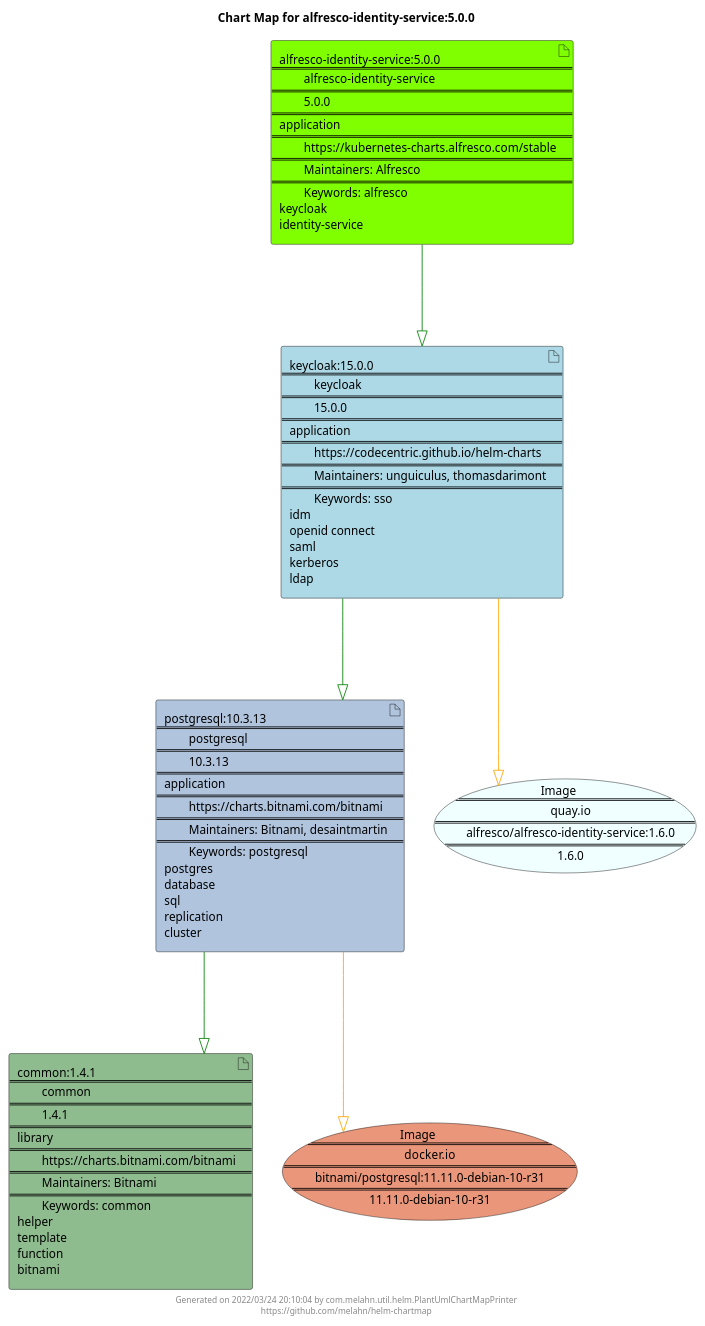
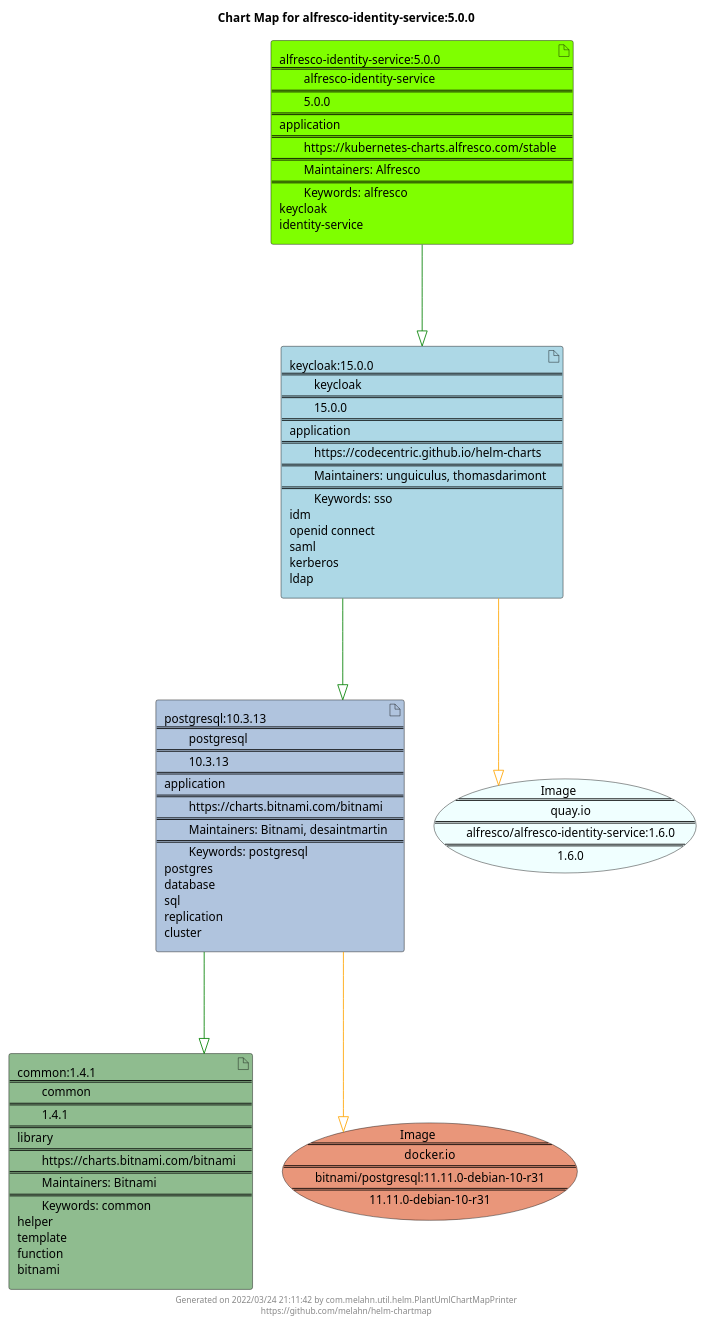
The diagram in docs/alfresco-identity-service/alfresco-identity-service-5.0.0.puml (melahn/helm-chartmap), drawn with PlantUML before and after one commit. The commit also changed 52 other files, not shown here.

Commit message:
Update Example Chart Maps as part of GitHub build

```diff
--- a/docs/alfresco-identity-service/alfresco-identity-service-5.0.0.puml
+++ b/docs/alfresco-identity-service/alfresco-identity-service-5.0.0.puml
@@ -1,29 +1,29 @@
 @startuml
 skinparam linetype ortho
 skinparam backgroundColor white
 skinparam usecaseBorderColor black
 skinparam usecaseArrowColor LightSlateGray
 skinparam artifactBorderColor black
 skinparam artifactArrowColor LightSlateGray
 
 title Chart Map for alfresco-identity-service:5.0.0
 
 'There are 4 referenced Helm Charts
 artifact "common:1.4.1\n====\n\tcommon\n====\n\t1.4.1\n====\nlibrary\n====\n\thttps://charts.bitnami.com/bitnami\n====\n\tMaintainers: Bitnami\n====\n\tKeywords: common\nhelper\ntemplate\nfunction\nbitnami" as common_1_4_1 #DarkSeaGreen
 artifact "alfresco-identity-service:5.0.0\n====\n\talfresco-identity-service\n====\n\t5.0.0\n====\napplication\n====\n\thttps://kubernetes-charts.alfresco.com/stable\n====\n\tMaintainers: Alfresco\n====\n\tKeywords: alfresco\nkeycloak\nidentity-service" as alfresco_identity_service_5_0_0 #Chartreuse
 artifact "postgresql:10.3.13\n====\n\tpostgresql\n====\n\t10.3.13\n====\napplication\n====\n\thttps://charts.bitnami.com/bitnami\n====\n\tMaintainers: Bitnami, desaintmartin\n====\n\tKeywords: postgresql\npostgres\ndatabase\nsql\nreplication\ncluster" as postgresql_10_3_13 #LightSteelBlue
 artifact "keycloak:15.0.0\n====\n\tkeycloak\n====\n\t15.0.0\n====\napplication\n====\n\thttps://codecentric.github.io/helm-charts\n====\n\tMaintainers: unguiculus, thomasdarimont\n====\n\tKeywords: sso\nidm\nopenid connect\nsaml\nkerberos\nldap" as keycloak_15_0_0 #LightBlue
 
 'There are 2 referenced Docker Images
 usecase "Image\n====\n\tquay.io\n====\n\talfresco/alfresco-identity-service:1.6.0\n====\n\t1.6.0" as quay_io_alfresco_alfresco_identity_service_1_6_0 #Azure
 usecase "Image\n====\n\tdocker.io\n====\n\tbitnami/postgresql:11.11.0-debian-10-r31\n====\n\t11.11.0-debian-10-r31" as docker_io_bitnami_postgresql_11_11_0_debian_10_r31 #DarkSalmon
 
 'Chart Dependencies
 alfresco_identity_service_5_0_0--[#green]-|>keycloak_15_0_0
 keycloak_15_0_0--[#green]-|>postgresql_10_3_13
 postgresql_10_3_13--[#green]-|>common_1_4_1
 postgresql_10_3_13--[#orange]-|>docker_io_bitnami_postgresql_11_11_0_debian_10_r31
 keycloak_15_0_0--[#orange]-|>quay_io_alfresco_alfresco_identity_service_1_6_0
 
-center footer Generated on 2022/03/24 20:10:04 by com.melahn.util.helm.PlantUmlChartMapPrinter\nhttps://github.com/melahn/helm-chartmap
+center footer Generated on 2022/03/24 21:11:42 by com.melahn.util.helm.PlantUmlChartMapPrinter\nhttps://github.com/melahn/helm-chartmap
 @enduml
```
